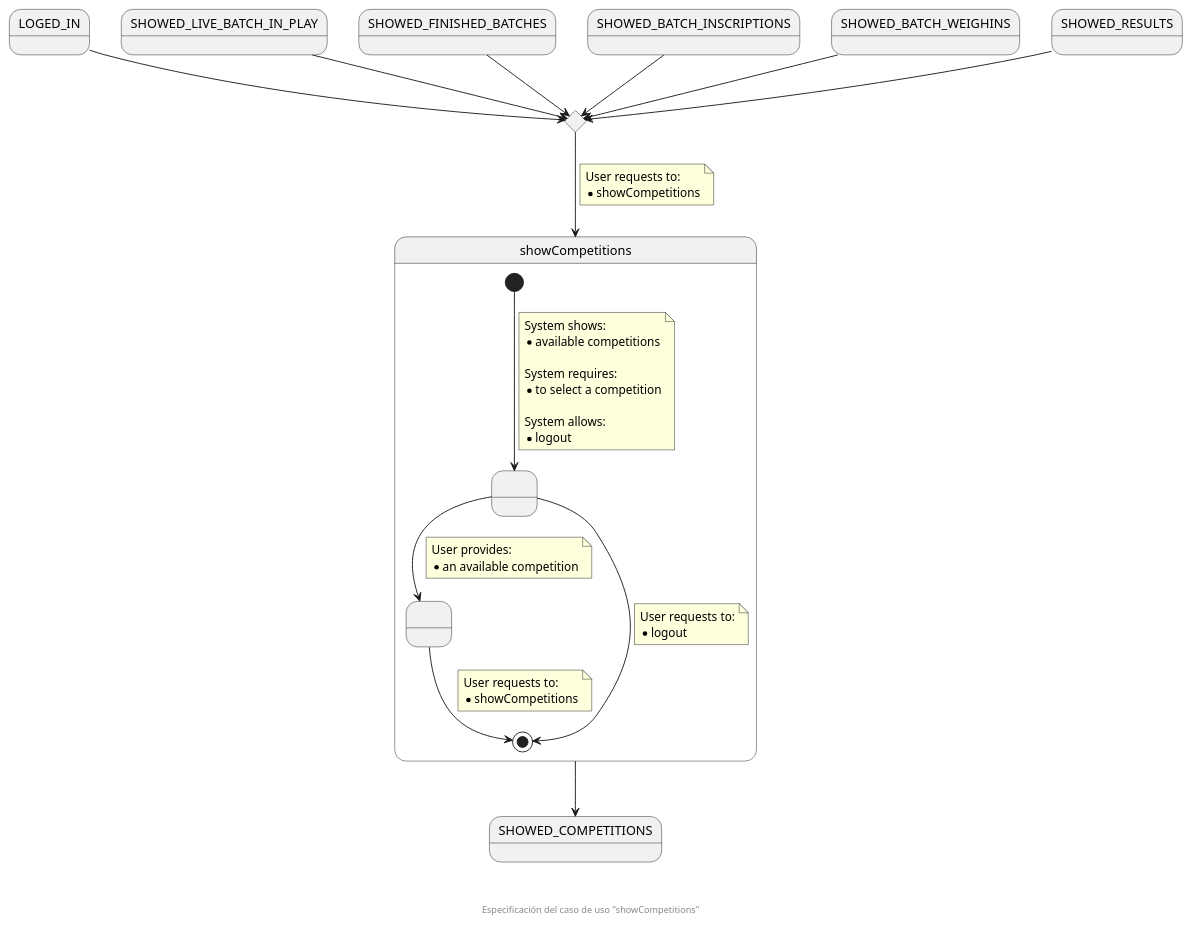
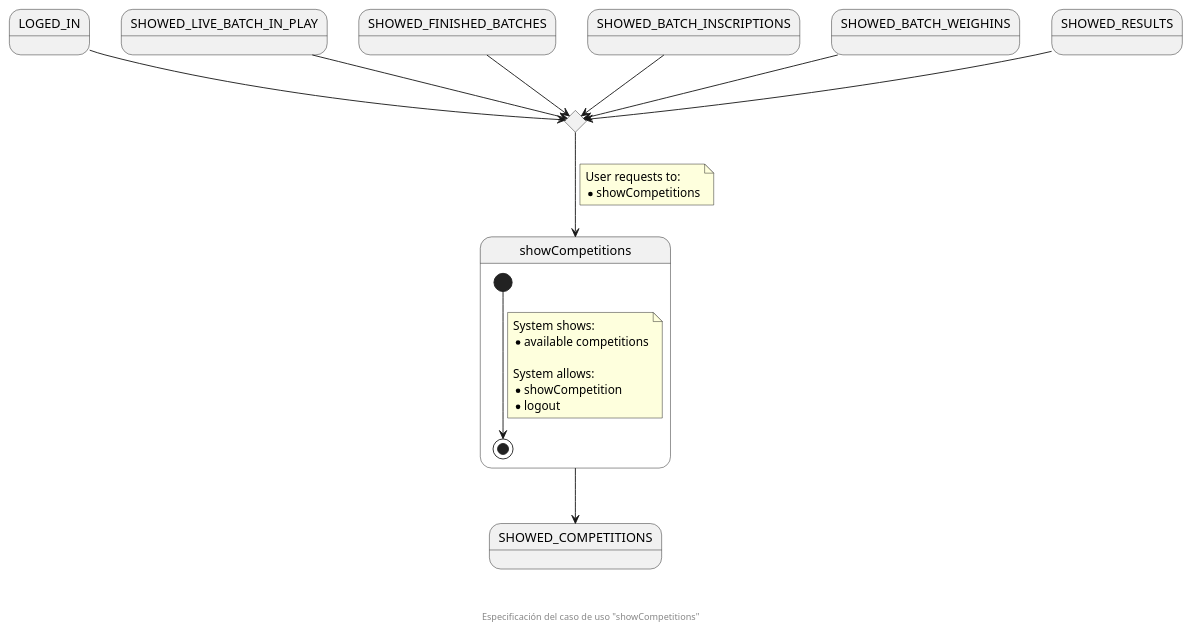
One commit to zuldare/mastercloud_pfm_halterocms changed the diagram in diagrams/useCasesSpecification/showCompetitions_OPTION2.puml. Above: the diagram before and after it, drawn with PlantUML.

```diff
--- a/diagrams/useCasesSpecification/showCompetitions_OPTION2.puml
+++ b/diagrams/useCasesSpecification/showCompetitions_OPTION2.puml
@@ -1,92 +1,39 @@
 @startuml
 state LOGED_IN
 state SHOWED_LIVE_BATCH_IN_PLAY
 state SHOWED_FINISHED_BATCHES
 state SHOWED_BATCH_INSCRIPTIONS
 state SHOWED_BATCH_WEIGHINS
 state SHOWED_RESULTS
 
 state enterCompetition <<choice>>
 
 
 LOGED_IN  --> enterCompetition
 SHOWED_LIVE_BATCH_IN_PLAY  --> enterCompetition
 SHOWED_FINISHED_BATCHES  --> enterCompetition
 SHOWED_BATCH_INSCRIPTIONS  --> enterCompetition
 SHOWED_BATCH_WEIGHINS  --> enterCompetition
 SHOWED_RESULTS  --> enterCompetition
 enterCompetition --> showCompetitions
 note on link
   User requests to:
   * showCompetitions
 end note
 
 state showCompetitions {
-  state " " as availableCompetitions
-  state " " as providedCompetition
-  [*] --> availableCompetitions
+  [*] --> [*]
   note on link
     System shows:
     * available competitions
 
-    System requires:
-    * to select a competition
-
     System allows:
-    * logout
-  end note
-  availableCompetitions --> [*]
-  note on link
-    User requests to:
-    * logout
-  end note
-  availableCompetitions --> providedCompetition
-  note on link
-    User provides:
-    * an available competition
-  end note
-  providedCompetition --> [*]
-  note on link
-    System allows:
-    * showLiveBatchInPlay
-    * showFinishedBatches
-    * showBatchInscriptions
-    * showBatchWeighins
-    * showResults
+    * showCompetition
     * logout
   end note
 }
 state SHOWED_COMPETITIONS
-note on link
-  User requests to:
-  * showCompetitions
-end note
-'SHOWED_LIVE_BATCH_IN_PLAY --> showCompetitions
-note on link
-  User requests to:
-  * showCompetitions
-end note
-'SHOWED_FINISHED_BATCHES --> showCompetitions
-note on link
-  User requests to:
-  * showCompetitions
-end note
-'SHOWED_BATCH_INSCRIPTIONS --> showCompetitions
-note on link
-  User requests to:
-  * showCompetitions
-end note
-'SHOWED_BATCH_WEIGHINS --> showCompetitions
-note on link
-  User requests to:
-  * showCompetitions
-end note
-'SHOWED_RESULTS --> showCompetitions
-note on link
-  User requests to:
-  * showCompetitions
-end note
 showCompetitions --> SHOWED_COMPETITIONS
 
 footer \n\n\n Especificación del caso de uso "showCompetitions"
 @enduml
```
